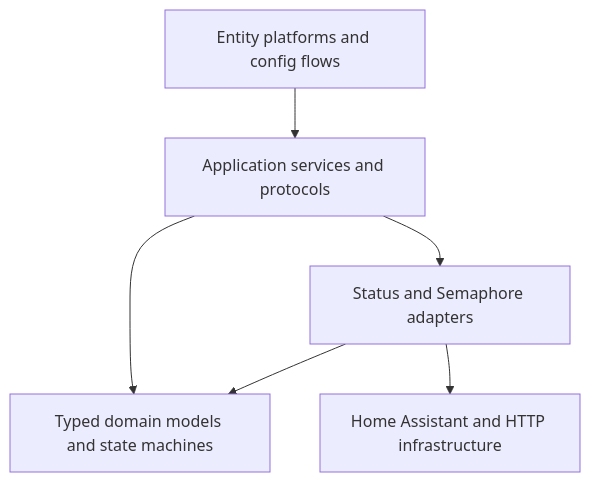
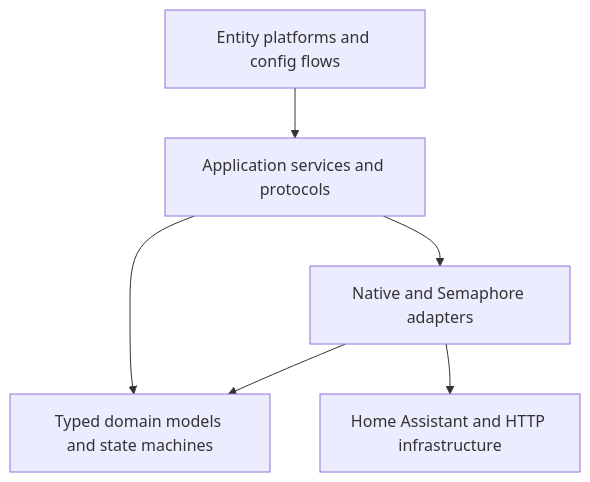
One commit to V3rfr3ss3n/Homelab-Commander changed the second of 2 diagrams in docs/02-architecture/overview.md. Above: the diagram before and after it, drawn with Mermaid. The commit also changed other lines of this file and 81 other files, not shown here.

````diff
--- a/docs/02-architecture/overview.md
+++ b/docs/02-architecture/overview.md
@@ -26,13 +30,13 @@
 ```mermaid
 flowchart TD
     E[Entity platforms and config flows]
     A[Application services and protocols]
     D[Typed domain models and state machines]
-    P[Status and Semaphore adapters]
+    P[Native and Semaphore adapters]
     I[Home Assistant and HTTP infrastructure]
     E --> A
     A --> D
     A --> P
     P --> D
     P --> I
 ```
````
